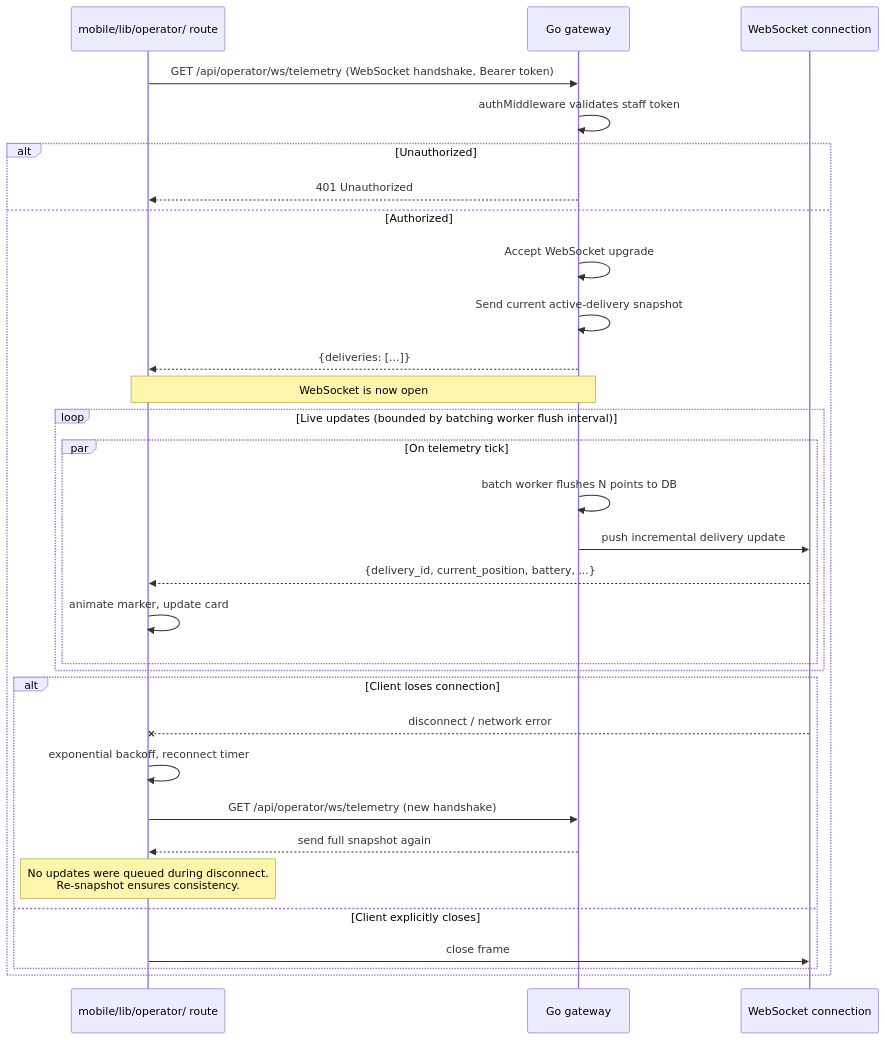
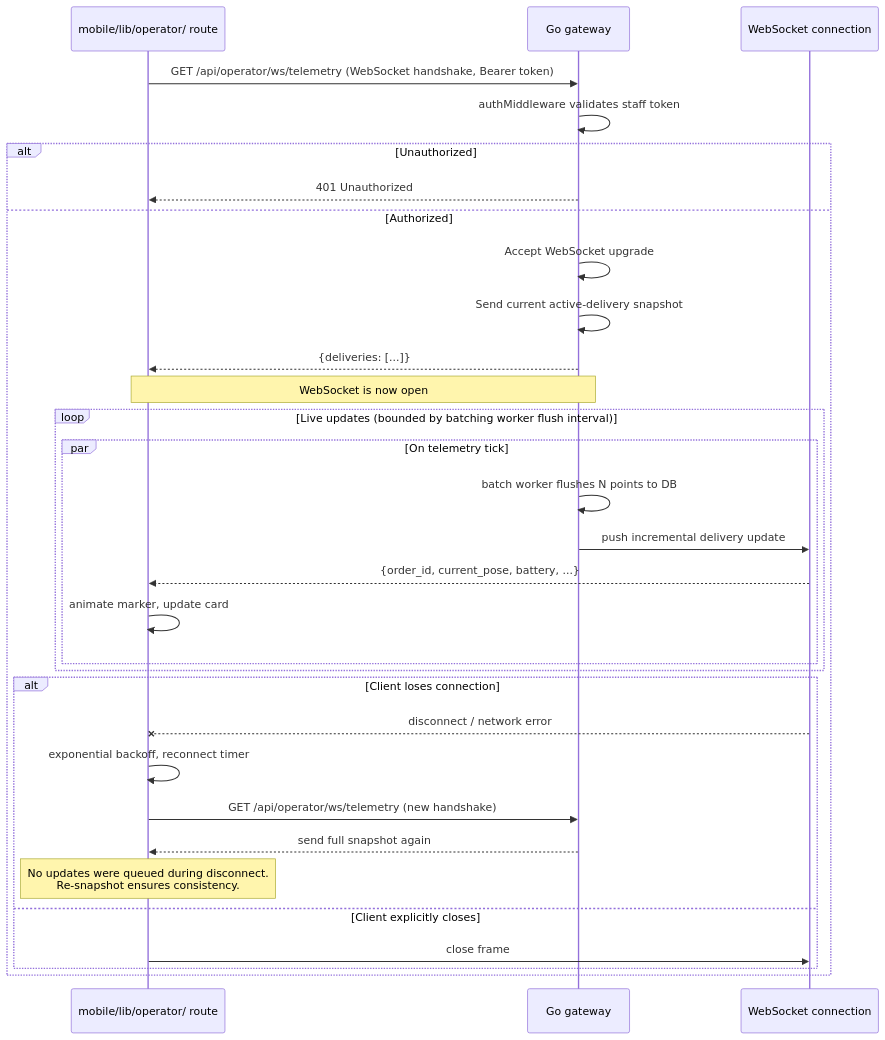
The tenth of 10 diagrams in Computacional/app/docs/STATE_FLOW.md (Santana-DS/pit-marmitron), drawn with Mermaid before and after one commit. The commit also changed other lines of this file and 1 other file, not shown here.

Commit message:
Clarify robot telemetry and order lifecycle docs

````diff
--- a/Computacional/app/docs/STATE_FLOW.md
+++ b/Computacional/app/docs/STATE_FLOW.md
@@ -369,36 +374,36 @@
 ```mermaid
 sequenceDiagram
     participant OPS as mobile/lib/operator/ route
     participant GW as Go gateway
     participant WS as WebSocket connection
 
     OPS->>GW: GET /api/operator/ws/telemetry (WebSocket handshake, Bearer token)
     GW->>GW: authMiddleware validates staff token
     alt Unauthorized
         GW-->>OPS: 401 Unauthorized
     else Authorized
         GW->>GW: Accept WebSocket upgrade
         GW->>GW: Send current active-delivery snapshot
         GW-->>OPS: {deliveries: [...]}
         Note over OPS,GW: WebSocket is now open
 
         loop Live updates (bounded by batching worker flush interval)
             par On telemetry tick
                 GW->>GW: batch worker flushes N points to DB
                 GW->>WS: push incremental delivery update
-                WS-->>OPS: {delivery_id, current_position, battery, ...}
+                WS-->>OPS: {order_id, current_pose, battery, ...}
                 OPS->>OPS: animate marker, update card
             end
         end
 
         alt Client loses connection
             WS--xOPS: disconnect / network error
             OPS->>OPS: exponential backoff, reconnect timer
             OPS->>GW: GET /api/operator/ws/telemetry (new handshake)
             GW-->>OPS: send full snapshot again
             Note over OPS: No updates were queued during disconnect.<br/>Re-snapshot ensures consistency.
         else Client explicitly closes
             OPS->>WS: close frame
         end
     end
 ```
````
